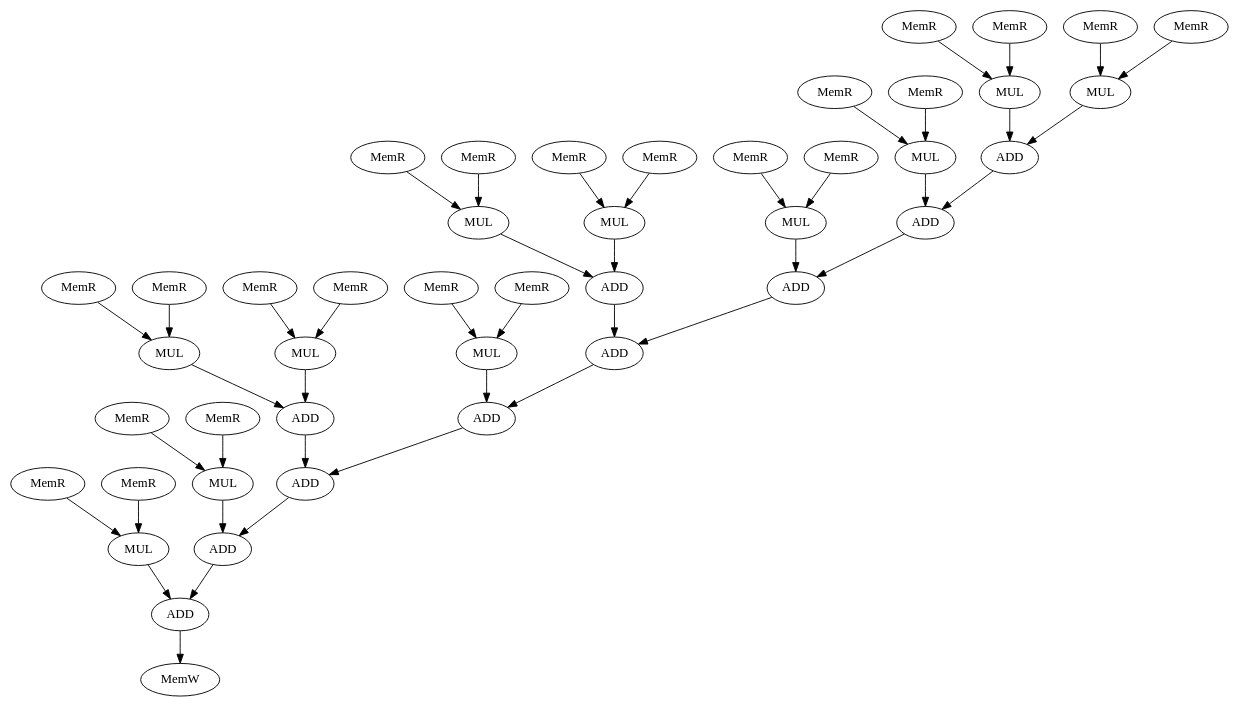
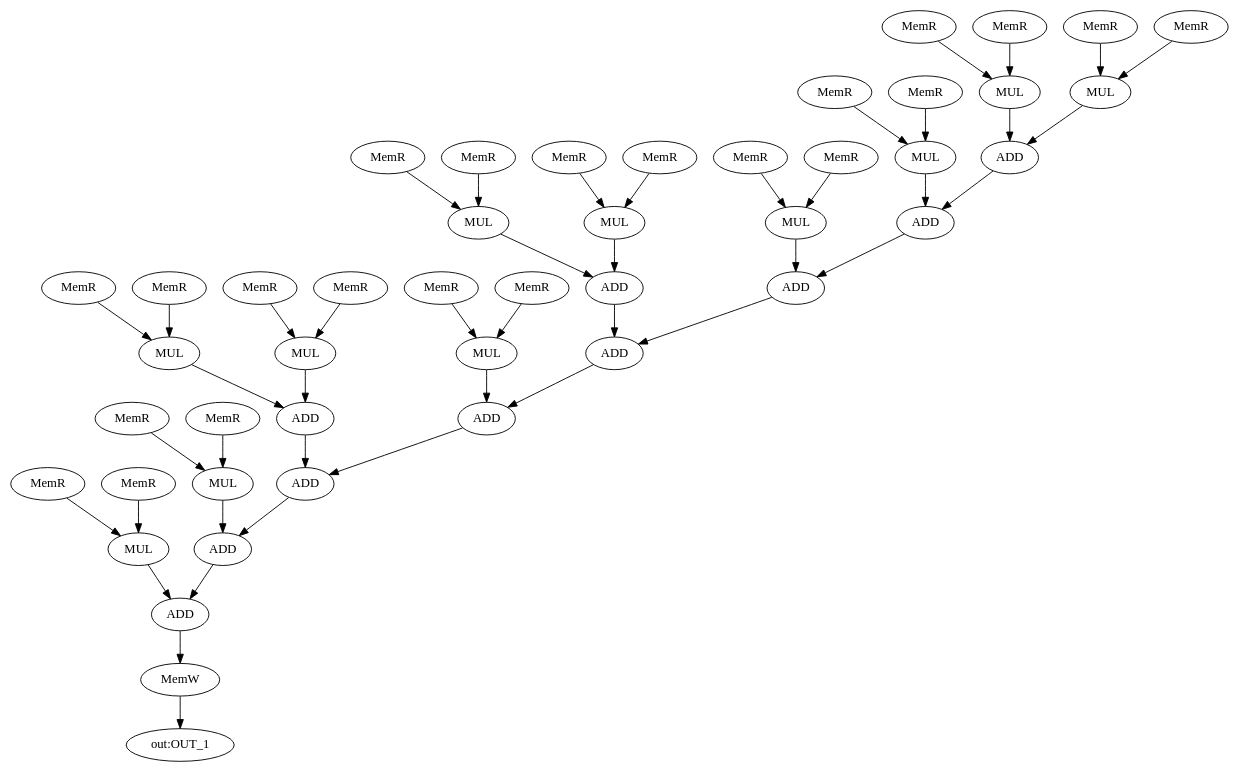
The diagram in dot_dac/cgra/fir.dot (canesche/nvcc_colab_icpp2020), drawn with Graphviz before and after one commit. The commit also changed 106 other files, not shown here.

```diff
--- a/dot_dac/cgra/fir.dot
+++ b/dot_dac/cgra/fir.dot
@@ -1,89 +1,91 @@
-digraph fir {
-     MUL_0 [label = MUL ];
-     MUL_1 [label = MUL ];
-     MUL_2 [label = MUL ];
-     MUL_3 [label = MUL ];
-     MUL_4 [label = MUL ];
-     MUL_5 [label = MUL ];
-     MUL_6 [label = MUL ];
-     MUL_7 [label = MUL ];
-     MUL_8 [label = MUL ];
-     MUL_9 [label = MUL ];
-     MUL_10 [label = MUL ];
-     ADD_11 [label = ADD ];
-     ADD_12 [label = ADD ];
-     ADD_13 [label = ADD ];
-     ADD_14 [label = ADD ];
-     ADD_15 [label = ADD ];
-     ADD_16 [label = ADD ];
-     ADD_17 [label = ADD ];
-     ADD_18 [label = ADD ];
-     ADD_19 [label = ADD ];
-     ADD_20 [label = ADD ];
-     IN_12 [label = MemR ];
-     COF_13 [label = MemR ];
-     IN_14 [label = MemR ];
-     COF_15 [label = MemR ];
-     IN_16 [label = MemR ];
-     COF_17 [label = MemR ];
-     IN_18 [label = MemR ];
-     COF_19 [label = MemR ];
-     IN_20 [label = MemR ];
-     COF_21 [label = MemR ];
-     IN_22 [label = MemR ];
-     COF_23 [label = MemR ];
-     IN_24 [label = MemR ];
-     COF_25 [label = MemR ];
-     IN_26 [label = MemR ];
-     COF_27 [label = MemR ];
-     IN_28 [label = MemR ];
-     COF_29 [label = MemR ];
-     IN_30 [label = MemR ];
-     COF_31 [label = MemR ];
-     IN_32 [label = MemR ];
-     COF_33 [label = MemR ];
-     OUT_1 [label = MemW ];
-     IN_12 -> MUL_0 [ name = 0 ];
-     COF_13 -> MUL_0 [ name = 1 ];
-     IN_14 -> MUL_1 [ name = 2 ];
-     COF_15 -> MUL_1 [ name = 3 ];
-     IN_16 -> MUL_2 [ name = 4 ];
-     COF_17 -> MUL_2 [ name = 5 ];
-     MUL_0 -> ADD_11 [ name = 6 ];
-     MUL_1 -> ADD_11 [ name = 7 ];
-     ADD_11 -> ADD_12 [ name = 8 ];
-     MUL_2 -> ADD_12 [ name = 9 ];
-     IN_18 -> MUL_3 [ name = 10 ];
-     COF_19 -> MUL_3 [ name = 11 ];
-     IN_20 -> MUL_4 [ name = 12 ];
-     COF_21 -> MUL_4 [ name = 13 ];
-     IN_22 -> MUL_5 [ name = 14 ];
-     COF_23 -> MUL_5 [ name = 15 ];
-     MUL_3 -> ADD_13 [ name = 16 ];
-     MUL_4 -> ADD_13 [ name = 17 ];
-     MUL_5 -> ADD_14 [ name = 18 ];
-     ADD_12 -> ADD_14 [ name = 19 ];
-     ADD_13 -> ADD_15 [ name = 20 ];
-     ADD_14 -> ADD_15 [ name = 21 ];
-     IN_24 -> MUL_6 [ name = 22 ];
-     COF_25 -> MUL_6 [ name = 23 ];
-     IN_26 -> MUL_7 [ name = 24 ];
-     COF_27 -> MUL_7 [ name = 25 ];
-     IN_28 -> MUL_8 [ name = 26 ];
-     COF_29 -> MUL_8 [ name = 27 ];
-     ADD_15 -> ADD_16 [ name = 28 ];
-     MUL_8 -> ADD_16 [ name = 29 ];
-     MUL_6 -> ADD_17 [ name = 30 ];
-     MUL_7 -> ADD_17 [ name = 31 ];
-     ADD_17 -> ADD_18 [ name = 32 ];
-     ADD_16 -> ADD_18 [ name = 33 ];
-     IN_30 -> MUL_9 [ name = 34 ];
-     COF_31 -> MUL_9 [ name = 35 ];
-     IN_32 -> MUL_10 [ name = 36 ];
-     COF_33 -> MUL_10 [ name = 37 ];
-     ADD_18 -> ADD_19 [ name = 38 ];
-     MUL_9 -> ADD_19 [ name = 39 ];
-     MUL_10 -> ADD_20 [ name = 40 ];
-     ADD_19 -> ADD_20 [ name = 41 ];
-     ADD_20 -> OUT_1 [ name = 42 ];
+strict digraph "fir" {
+MUL_0 [label=MUL];
+MUL_1 [label=MUL];
+MUL_2 [label=MUL];
+MUL_3 [label=MUL];
+MUL_4 [label=MUL];
+MUL_5 [label=MUL];
+MUL_6 [label=MUL];
+MUL_7 [label=MUL];
+MUL_8 [label=MUL];
+MUL_9 [label=MUL];
+MUL_10 [label=MUL];
+ADD_11 [label=ADD];
+ADD_12 [label=ADD];
+ADD_13 [label=ADD];
+ADD_14 [label=ADD];
+ADD_15 [label=ADD];
+ADD_16 [label=ADD];
+ADD_17 [label=ADD];
+ADD_18 [label=ADD];
+ADD_19 [label=ADD];
+ADD_20 [label=ADD];
+IN_12 [label=MemR];
+COF_13 [label=MemR];
+IN_14 [label=MemR];
+COF_15 [label=MemR];
+IN_16 [label=MemR];
+COF_17 [label=MemR];
+IN_18 [label=MemR];
+COF_19 [label=MemR];
+IN_20 [label=MemR];
+COF_21 [label=MemR];
+IN_22 [label=MemR];
+COF_23 [label=MemR];
+IN_24 [label=MemR];
+COF_25 [label=MemR];
+IN_26 [label=MemR];
+COF_27 [label=MemR];
+IN_28 [label=MemR];
+COF_29 [label=MemR];
+IN_30 [label=MemR];
+COF_31 [label=MemR];
+IN_32 [label=MemR];
+COF_33 [label=MemR];
+OUT_1 [label=MemW];
+"out:OUT_1";
+MUL_0 -> ADD_11  [name=6];
+MUL_1 -> ADD_11  [name=7];
+MUL_2 -> ADD_12  [name=9];
+MUL_3 -> ADD_13  [name=16];
+MUL_4 -> ADD_13  [name=17];
+MUL_5 -> ADD_14  [name=18];
+MUL_6 -> ADD_17  [name=30];
+MUL_7 -> ADD_17  [name=31];
+MUL_8 -> ADD_16  [name=29];
+MUL_9 -> ADD_19  [name=39];
+MUL_10 -> ADD_20  [name=40];
+ADD_11 -> ADD_12  [name=8];
+ADD_12 -> ADD_14  [name=19];
+ADD_13 -> ADD_15  [name=20];
+ADD_14 -> ADD_15  [name=21];
+ADD_15 -> ADD_16  [name=28];
+ADD_16 -> ADD_18  [name=33];
+ADD_17 -> ADD_18  [name=32];
+ADD_18 -> ADD_19  [name=38];
+ADD_19 -> ADD_20  [name=41];
+ADD_20 -> OUT_1  [name=42];
+IN_12 -> MUL_0  [name=0];
+COF_13 -> MUL_0  [name=1];
+IN_14 -> MUL_1  [name=2];
+COF_15 -> MUL_1  [name=3];
+IN_16 -> MUL_2  [name=4];
+COF_17 -> MUL_2  [name=5];
+IN_18 -> MUL_3  [name=10];
+COF_19 -> MUL_3  [name=11];
+IN_20 -> MUL_4  [name=12];
+COF_21 -> MUL_4  [name=13];
+IN_22 -> MUL_5  [name=14];
+COF_23 -> MUL_5  [name=15];
+IN_24 -> MUL_6  [name=22];
+COF_25 -> MUL_6  [name=23];
+IN_26 -> MUL_7  [name=24];
+COF_27 -> MUL_7  [name=25];
+IN_28 -> MUL_8  [name=26];
+COF_29 -> MUL_8  [name=27];
+IN_30 -> MUL_9  [name=34];
+COF_31 -> MUL_9  [name=35];
+IN_32 -> MUL_10  [name=36];
+COF_33 -> MUL_10  [name=37];
+OUT_1 -> "out:OUT_1";
 }
```
